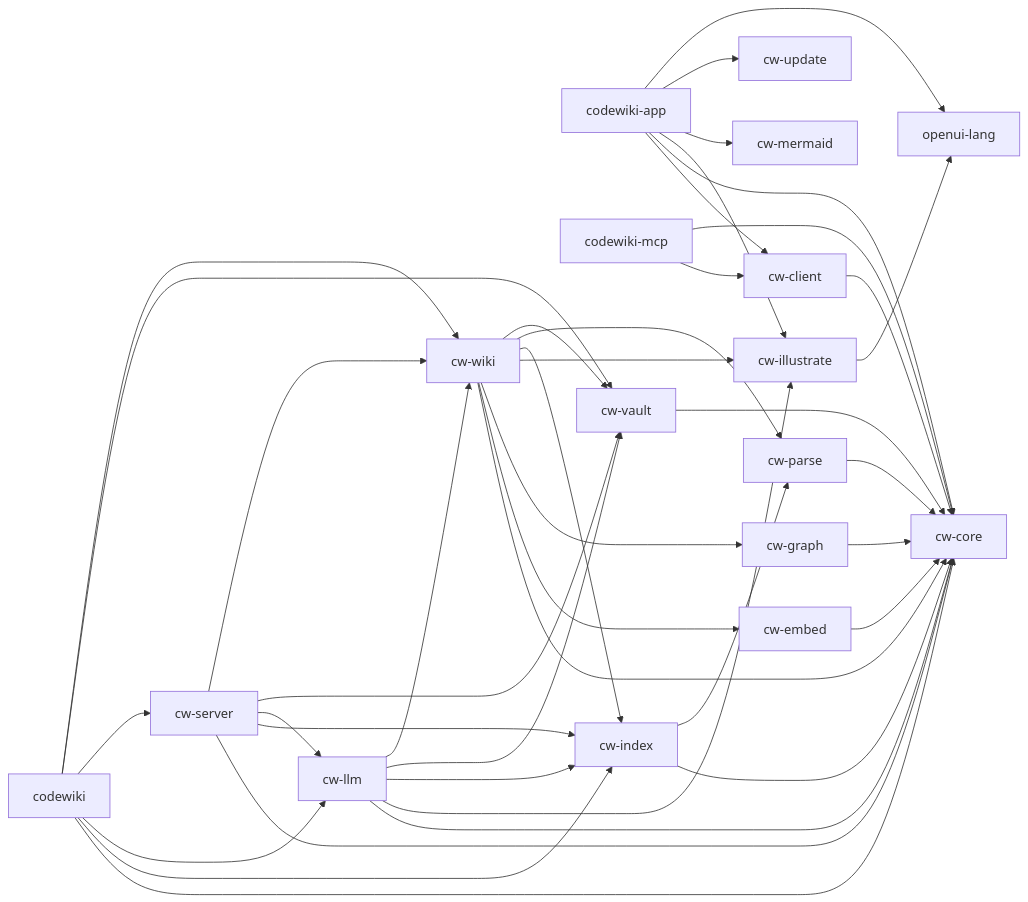
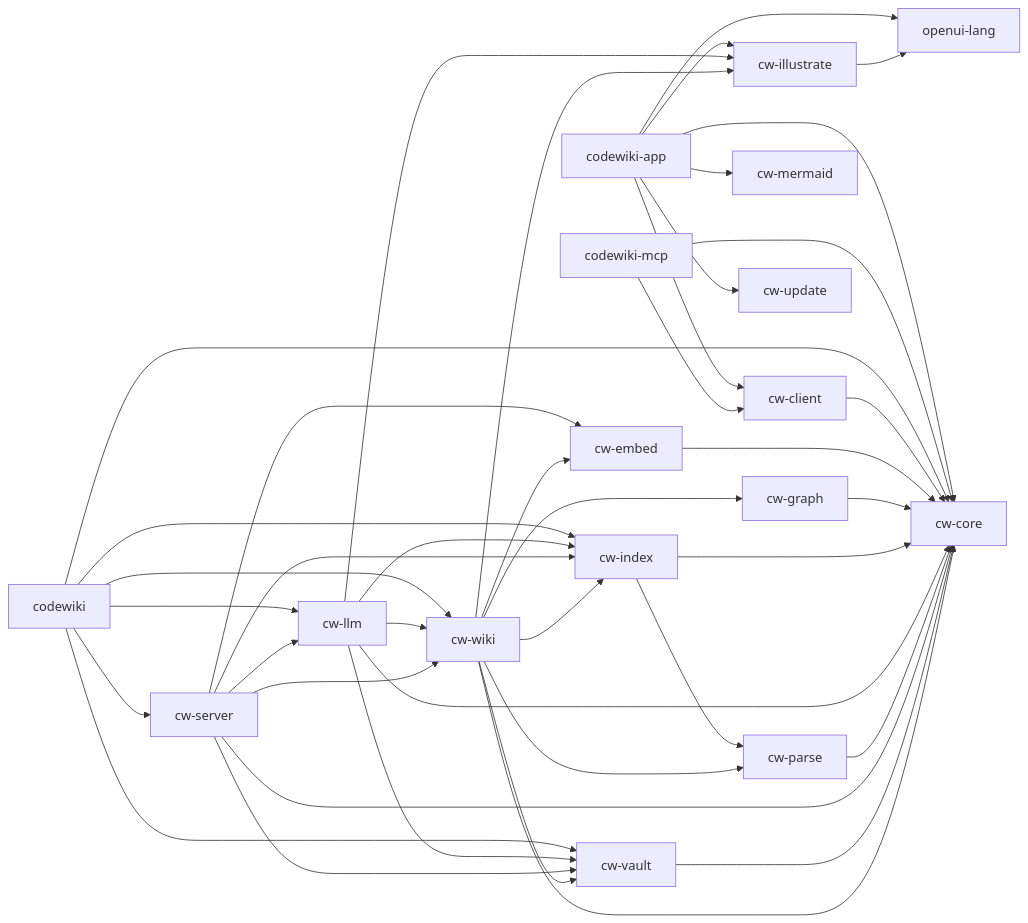
One commit to Fly-onlyone/CodeWiki changed the diagram in obsidian/00-Architecture/Crate Dependency Flow.md. Above: the diagram before and after it, drawn with Mermaid. The commit also changed other lines of this file and 155 other files, not shown here.

````diff
--- a/obsidian/00-Architecture/Crate Dependency Flow.md
+++ b/obsidian/00-Architecture/Crate Dependency Flow.md
@@ -31,59 +31,60 @@
 ```mermaid
 flowchart LR
     n0[codewiki-app]
     n1[codewiki-mcp]
     n2[codewiki]
     n3[cw-client]
     n4[cw-core]
     n5[cw-embed]
     n6[cw-graph]
     n7[cw-illustrate]
     n8[cw-index]
     n9[cw-llm]
     n10[cw-mermaid]
     n11[cw-parse]
     n12[cw-server]
     n13[cw-update]
     n14[cw-vault]
     n15[cw-wiki]
     n16[openui-lang]
     n0 --> n3
     n0 --> n4
     n0 --> n7
     n0 --> n10
     n0 --> n13
     n0 --> n16
     n1 --> n3
     n1 --> n4
     n2 --> n4
     n2 --> n8
     n2 --> n9
     n2 --> n12
     n2 --> n14
     n2 --> n15
     n3 --> n4
     n5 --> n4
     n6 --> n4
     n7 --> n16
     n8 --> n4
     n8 --> n11
     n9 --> n4
     n9 --> n7
     n9 --> n8
     n9 --> n14
     n9 --> n15
     n11 --> n4
     n12 --> n4
+    n12 --> n5
     n12 --> n8
     n12 --> n9
     n12 --> n14
     n12 --> n15
     n14 --> n4
     n15 --> n4
     n15 --> n5
     n15 --> n6
     n15 --> n7
     n15 --> n8
     n15 --> n11
     n15 --> n14
 ```
````
